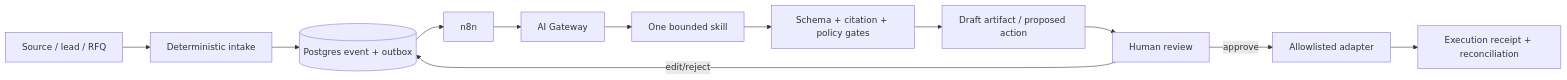
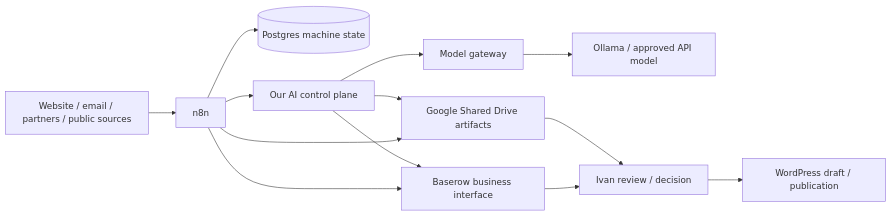
One commit to Ivan-Shyla/adapteng-company-os changed the diagram in ARCHITECTURE.md. Above: the diagram before and after it, drawn with Mermaid. The commit also changed other lines of this file and 2 other files, not shown here.

````diff
--- a/ARCHITECTURE.md
+++ b/ARCHITECTURE.md
@@ -494,14 +46,15 @@
 ```mermaid
 flowchart LR
-  SRC["Source / lead / RFQ"] --> DET["Deterministic intake"]
-  DET --> EVT[("Postgres event + outbox")]
-  EVT --> N8N["n8n"]
-  N8N --> GW["AI Gateway"]
-  GW --> SK["One bounded skill"]
-  SK --> VAL["Schema + citation + policy gates"]
-  VAL --> ART["Draft artifact / proposed action"]
-  ART --> HUM["Human review"]
-  HUM -->|approve| AD["Allowlisted adapter"]
-  HUM -->|edit/reject| EVT
-  AD --> REC["Execution receipt + reconciliation"]
+  EXT["Website / email / partners / public sources"] --> N8N["n8n"]
+  N8N --> PG[("Postgres machine state")]
+  N8N --> BR["Baserow business interface"]
+  N8N --> GD["Google Shared Drive artifacts"]
+  N8N --> AG["Our AI control plane"]
+  AG --> GW["Model gateway"]
+  GW --> MOD["Ollama / approved API model"]
+  AG --> GD
+  AG --> BR
+  BR --> IVAN["Ivan review / decision"]
+  GD --> IVAN
+  IVAN --> WP["WordPress draft / publication"]
 ```
````
